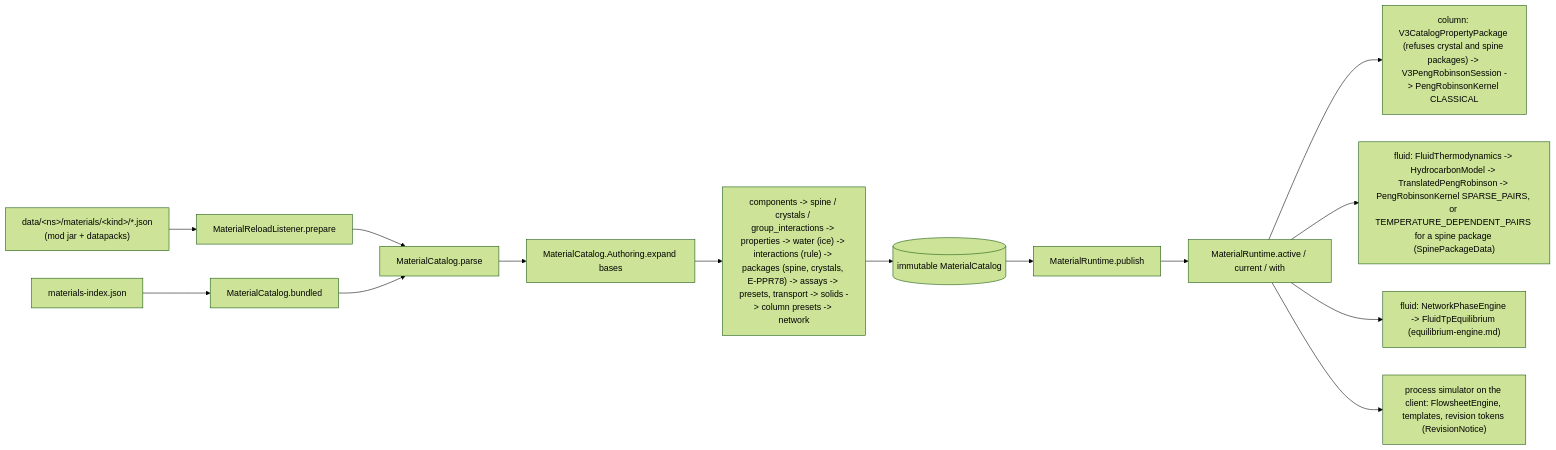
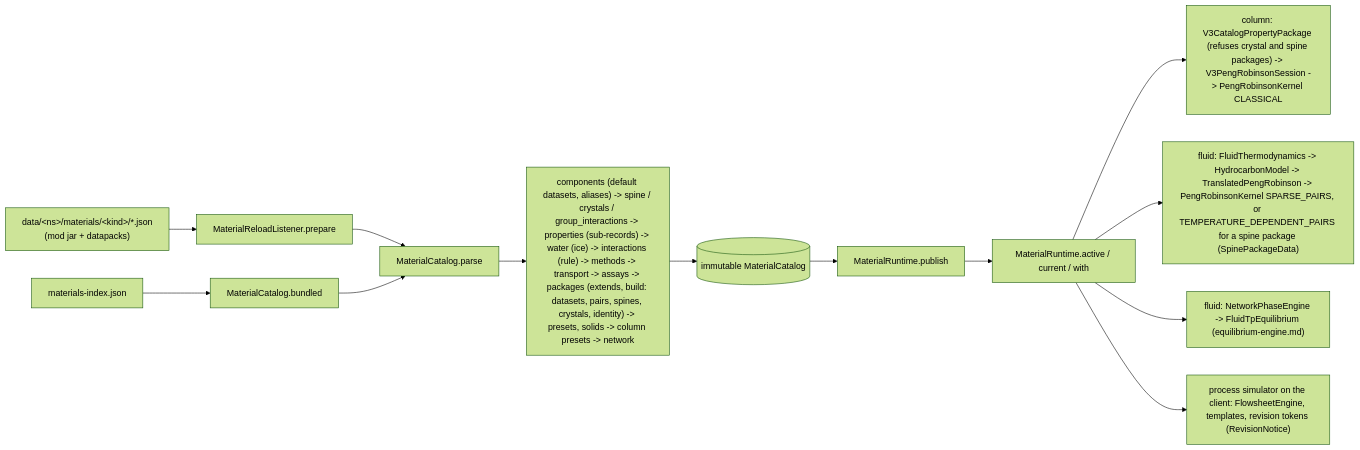
Before and after one commit to wormzjl/Industrial-Chemical-Engineering: the diagram in documentation/reference/code-guide/thermo-materials.md, drawn with Mermaid (forest theme). The commit also changed other lines of this file and 10 other files, not shown here.

````diff
--- a/documentation/reference/code-guide/thermo-materials.md
+++ b/documentation/reference/code-guide/thermo-materials.md
@@ -92,16 +99,15 @@
 ```mermaid
 flowchart LR
   JSON["data/&lt;ns&gt;/materials/&lt;kind&gt;/*.json<br/>(mod jar + datapacks)"] --> RL[MaterialReloadListener.prepare]
   IDX["materials-index.json"] --> BUN[MaterialCatalog.bundled]
   RL --> P[MaterialCatalog.parse]
   BUN --> P
-  P --> A[MaterialCatalog.Authoring.expand bases]
-  A --> V["components -> spine / crystals / group_interactions -> properties -> water (ice) -> interactions (rule) -> packages (spine, crystals, E-PPR78) -> assays -> presets, transport -> solids -> column presets -> network"]
+  P --> V["components (default datasets, aliases) -> spine / crystals / group_interactions -> properties (sub-records) -> water (ice) -> interactions (rule) -> methods -> transport -> assays -> packages (extends, build: datasets, pairs, spines, crystals, identity) -> presets, solids -> column presets -> network"]
   V --> CAT[(immutable MaterialCatalog)]
   CAT --> PUB[MaterialRuntime.publish]
   PUB --> CUR["MaterialRuntime.active / current / with"]
   CUR --> COL["column: V3CatalogPropertyPackage (refuses crystal and spine packages) -> V3PengRobinsonSession -> PengRobinsonKernel CLASSICAL"]
   CUR --> FLU["fluid: FluidThermodynamics -> HydrocarbonModel -> TranslatedPengRobinson -> PengRobinsonKernel SPARSE_PAIRS, or TEMPERATURE_DEPENDENT_PAIRS for a spine package (SpinePackageData)"]
   CUR --> ENG["fluid: NetworkPhaseEngine -> FluidTpEquilibrium (equilibrium-engine.md)"]
   CUR --> UI["process simulator on the client: FlowsheetEngine, templates, revision tokens (RevisionNotice)"]
 ```
````
